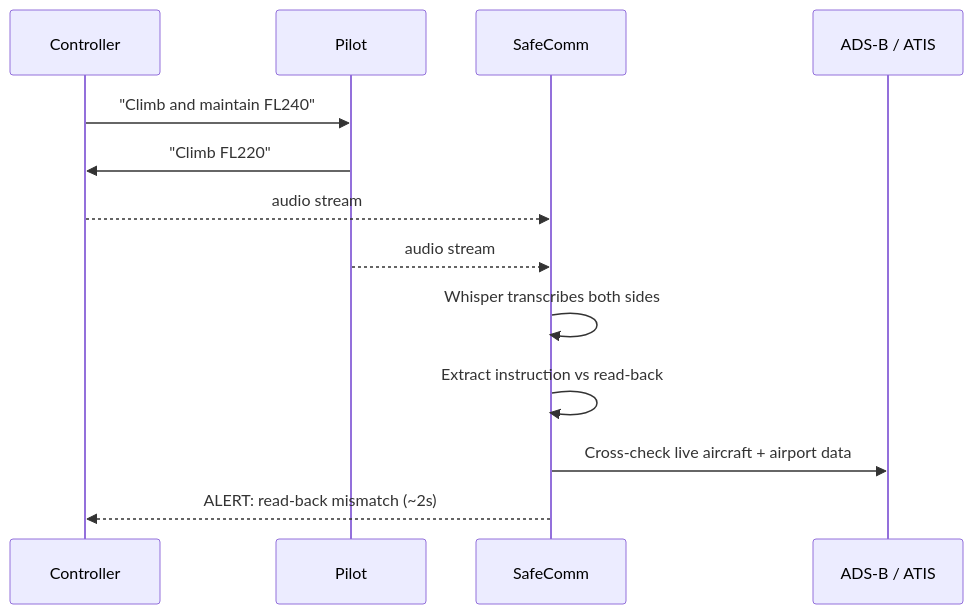
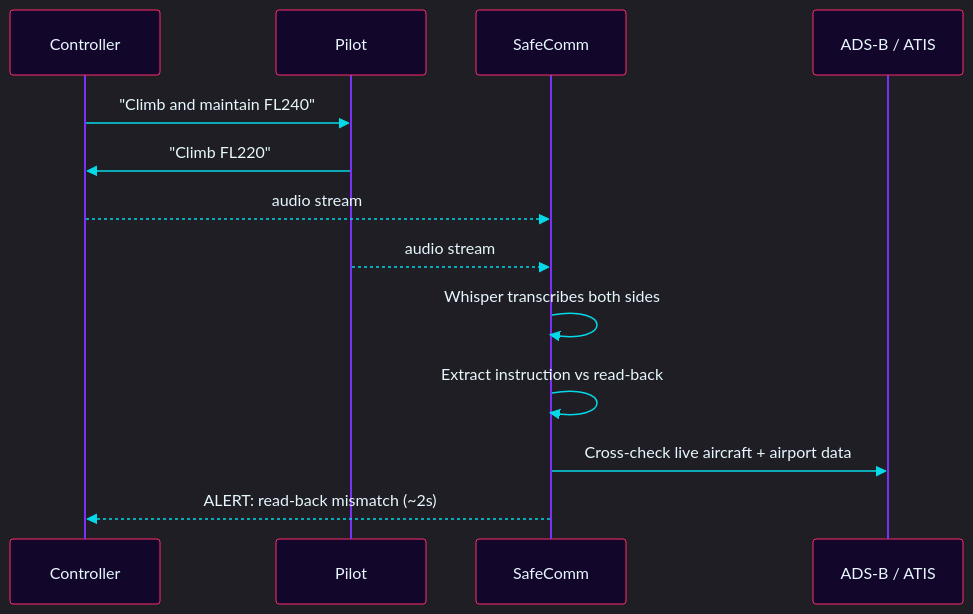
The third of 4 diagrams in README.md (chethankp365/chethankp365), drawn with Mermaid before and after one commit. The commit also changed other lines of this file, not shown here.

````diff
--- a/README.md
+++ b/README.md
@@ -121,15 +123,16 @@
 ```mermaid
+%%{init: {'theme':'dark','themeVariables':{'primaryColor':'#12062a','primaryBorderColor':'#ff2a6d','primaryTextColor':'#e8f7ff','lineColor':'#05d9e8','actorBkg':'#12062a','actorBorder':'#ff2a6d','actorTextColor':'#e8f7ff','actorLineColor':'#7b2ff7','signalColor':'#05d9e8','signalTextColor':'#e8f7ff'}}}%%
 sequenceDiagram
     participant ATC as Controller
     participant P as Pilot
     participant S as SafeComm
     participant X as ADS-B / ATIS
     ATC->>P: "Climb and maintain FL240"
     P->>ATC: "Climb FL220"
     ATC-->>S: audio stream
     P-->>S: audio stream
     S->>S: Whisper transcribes both sides
     S->>S: Extract instruction vs read-back
     S->>X: Cross-check live aircraft + airport data
     S-->>ATC: ALERT: read-back mismatch (~2s)
 ```
````
